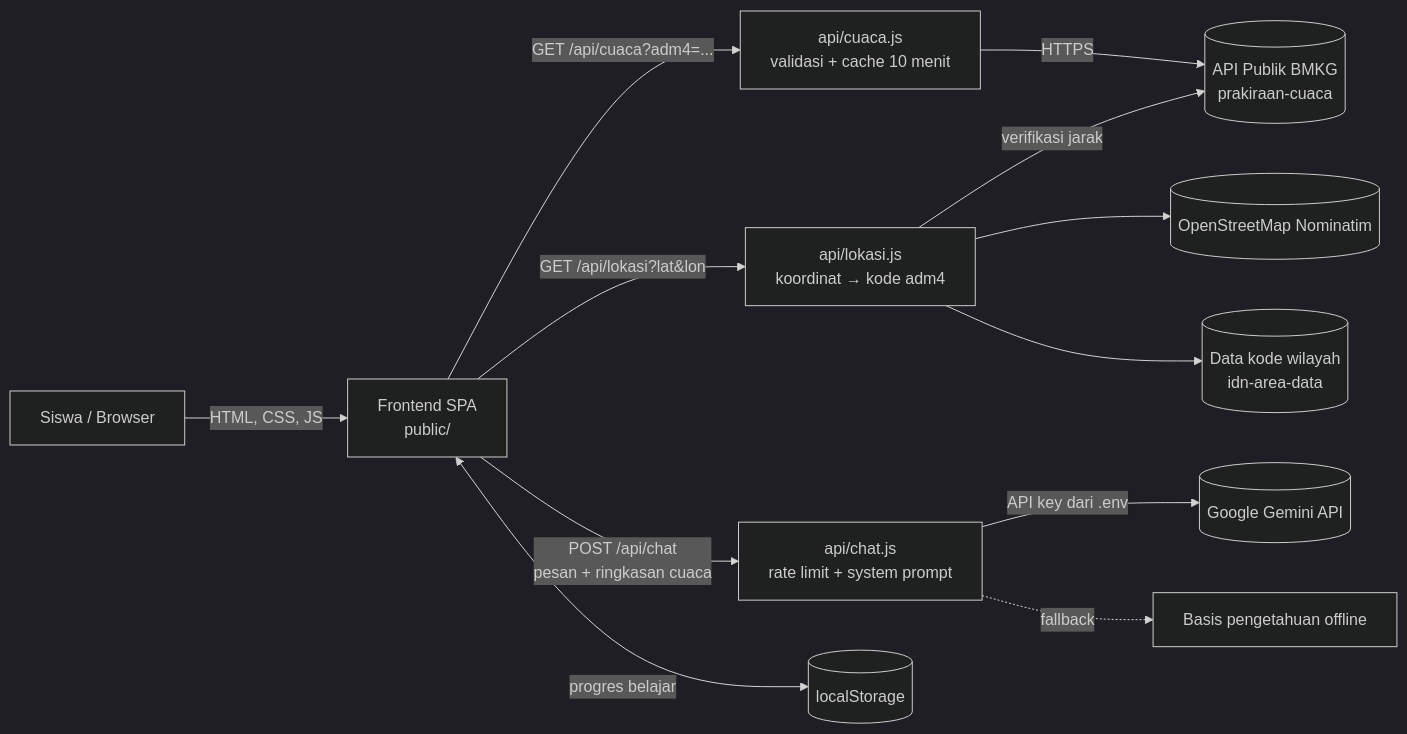
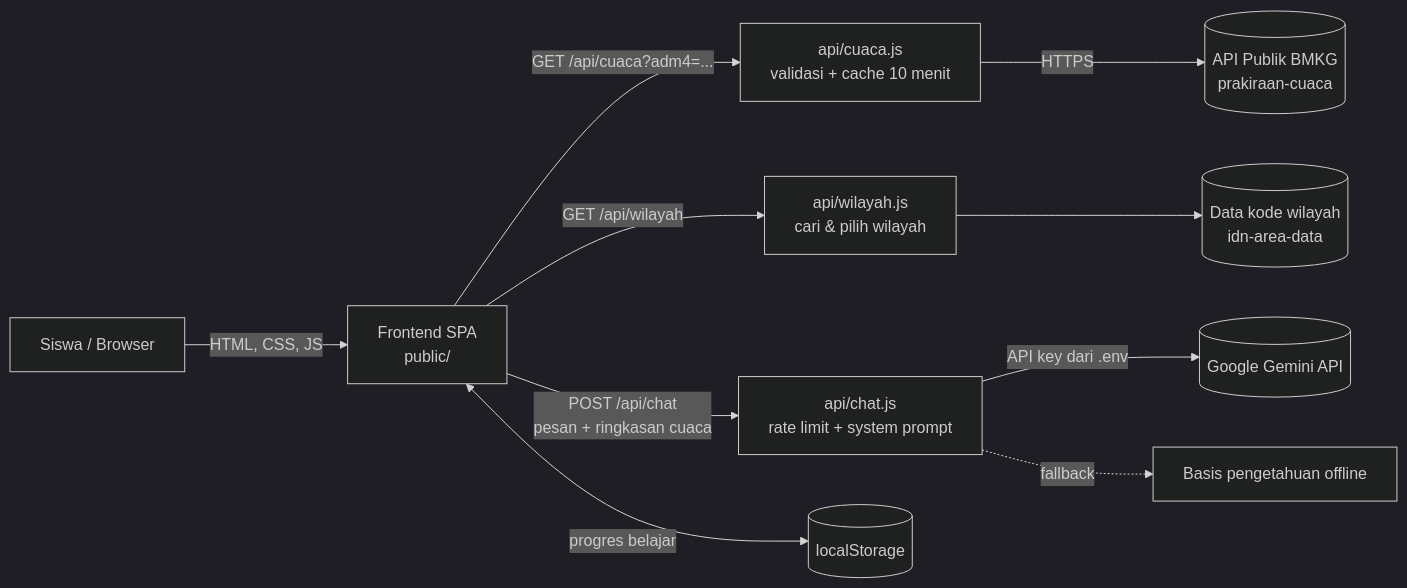
Before and after one commit to arzhellaalyanaalcaf-byte/logicodix2026-gass-aja: the diagram in README.md, drawn with Mermaid (dark theme). The commit also changed other lines of this file and 35 other files, not shown here.

````diff
--- a/README.md
+++ b/README.md
@@ -59,14 +90,11 @@
 ```mermaid
 flowchart LR
   U[Siswa / Browser] -->|HTML, CSS, JS| FE[Frontend SPA<br/>public/]
   FE -->|GET /api/cuaca?adm4=...| C[api/cuaca.js<br/>validasi + cache 10 menit]
   C -->|HTTPS| BMKG[(API Publik BMKG<br/>prakiraan-cuaca)]
-  FE -->|GET /api/lokasi?lat&lon| LOK[api/lokasi.js<br/>koordinat → kode adm4]
-  LOK --> OSM[(OpenStreetMap Nominatim)]
-  LOK --> WIL[(Data kode wilayah<br/>idn-area-data)]
-  LOK -->|verifikasi jarak| BMKG
+  FE -->|GET /api/wilayah| WLY[api/wilayah.js<br/>cari & pilih wilayah] --> WIL[(Data kode wilayah<br/>idn-area-data)]
   FE -->|POST /api/chat<br/>pesan + ringkasan cuaca| AI[api/chat.js<br/>rate limit + system prompt]
   AI -->|API key dari .env| G[(Google Gemini API)]
   AI -.->|fallback| OFF[Basis pengetahuan offline]
   FE <-->|progres belajar| LS[(localStorage)]
 ```
````
